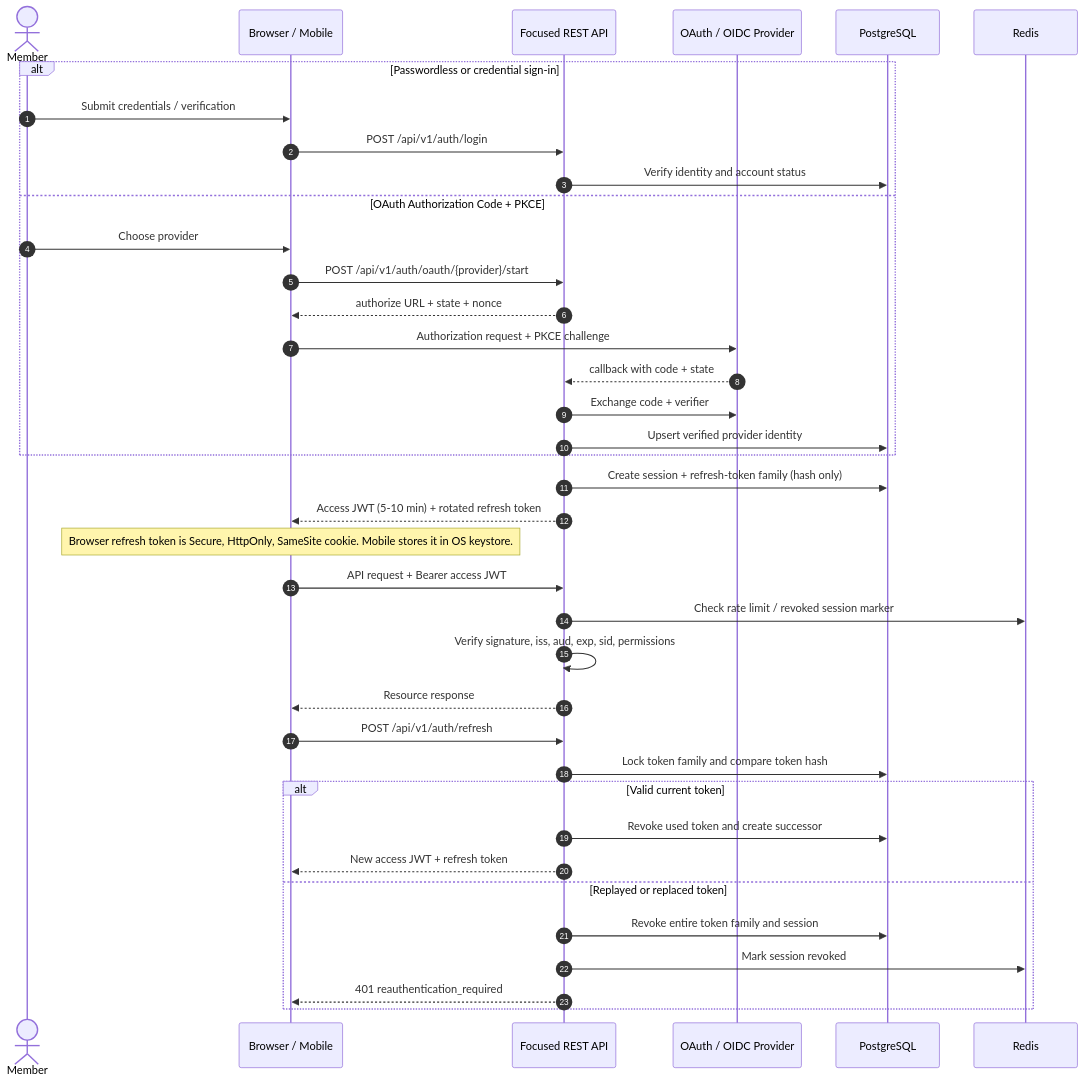
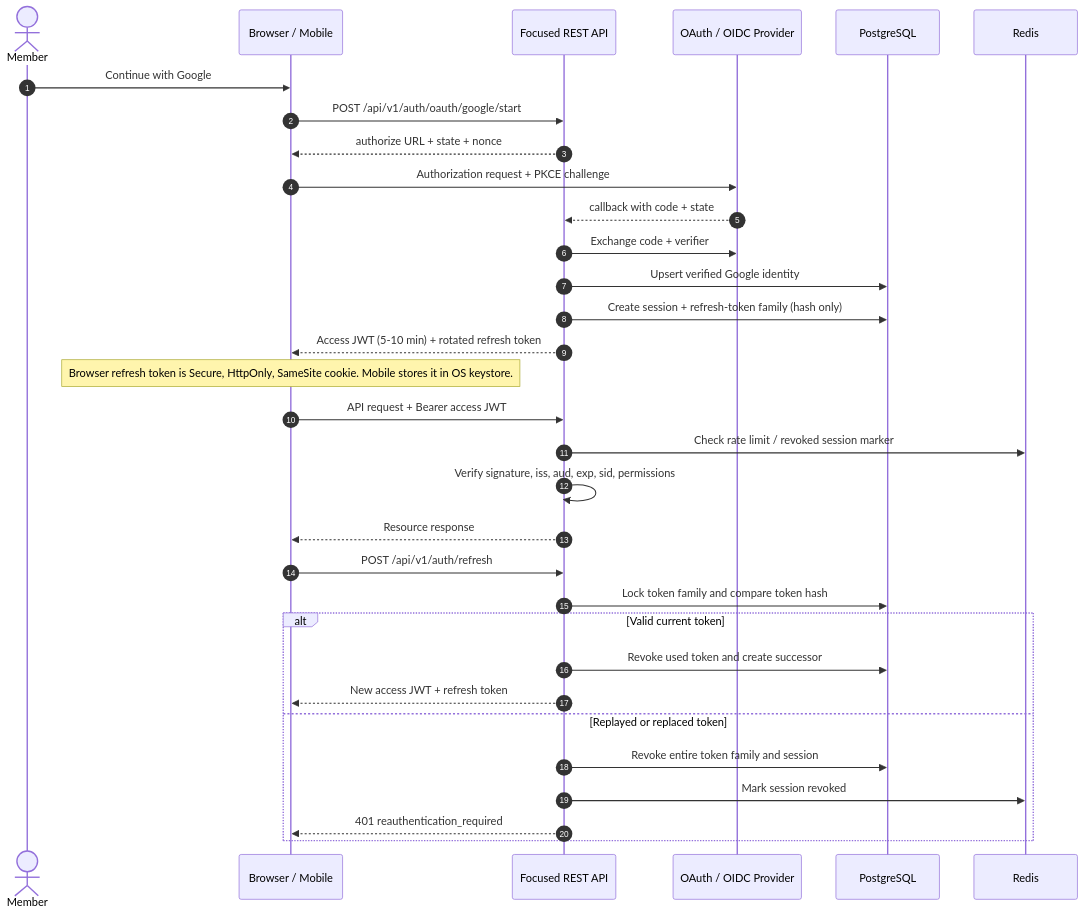
One commit to Mostafijur-1/Focused changed the diagram in docs/architecture/diagrams/auth-sequence.mmd. Above: the diagram before and after it, drawn with Mermaid. The commit also changed 1 other file, not shown here.

Commit message:
docs(auth): document Google-only flow

```diff
--- a/docs/architecture/diagrams/auth-sequence.mmd
+++ b/docs/architecture/diagrams/auth-sequence.mmd
@@ -1,42 +1,36 @@
 sequenceDiagram
   autonumber
   actor U as Member
   participant B as Browser / Mobile
   participant API as Focused REST API
   participant OAuth as OAuth / OIDC Provider
   participant DB as PostgreSQL
   participant R as Redis
 
-  alt Passwordless or credential sign-in
-    U->>B: Submit credentials / verification
-    B->>API: POST /api/v1/auth/login
-    API->>DB: Verify identity and account status
-  else OAuth Authorization Code + PKCE
-    U->>B: Choose provider
-    B->>API: POST /api/v1/auth/oauth/{provider}/start
-    API-->>B: authorize URL + state + nonce
-    B->>OAuth: Authorization request + PKCE challenge
-    OAuth-->>API: callback with code + state
-    API->>OAuth: Exchange code + verifier
-    API->>DB: Upsert verified provider identity
-  end
+  U->>B: Continue with Google
+  B->>API: POST /api/v1/auth/oauth/google/start
+  API-->>B: authorize URL + state + nonce
+  B->>OAuth: Authorization request + PKCE challenge
+  OAuth-->>API: callback with code + state
+  API->>OAuth: Exchange code + verifier
+  API->>DB: Upsert verified Google identity
 
   API->>DB: Create session + refresh-token family (hash only)
   API-->>B: Access JWT (5-10 min) + rotated refresh token
   Note over B: Browser refresh token is Secure, HttpOnly, SameSite cookie. Mobile stores it in OS keystore.
 
   B->>API: API request + Bearer access JWT
   API->>R: Check rate limit / revoked session marker
   API->>API: Verify signature, iss, aud, exp, sid, permissions
   API-->>B: Resource response
 
   B->>API: POST /api/v1/auth/refresh
   API->>DB: Lock token family and compare token hash
   alt Valid current token
     API->>DB: Revoke used token and create successor
     API-->>B: New access JWT + refresh token
   else Replayed or replaced token
     API->>DB: Revoke entire token family and session
     API->>R: Mark session revoked
     API-->>B: 401 reauthentication_required
   end
```
